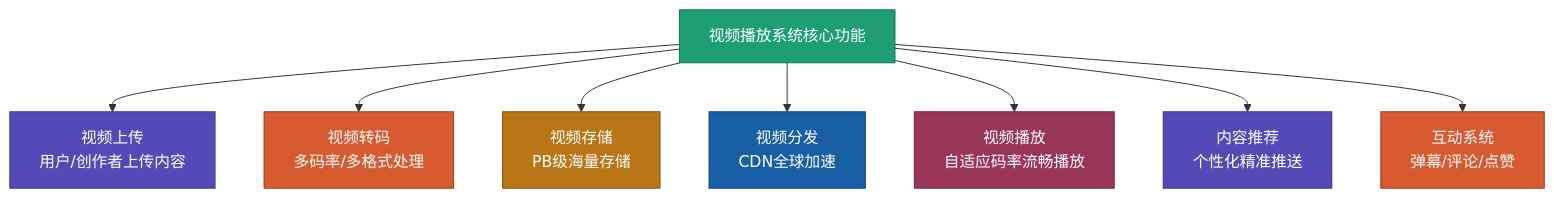
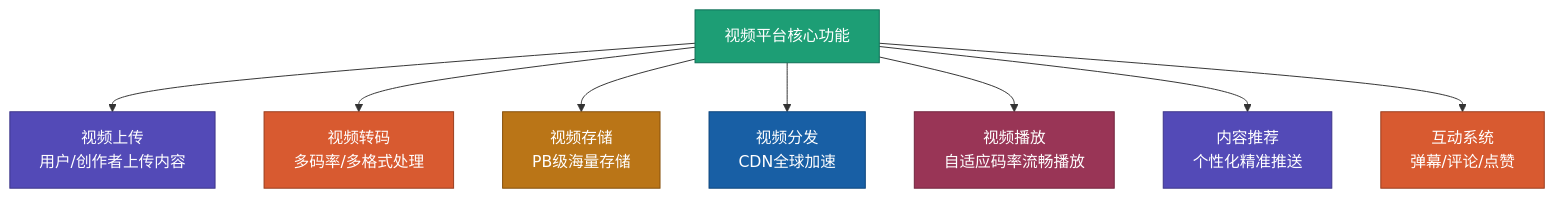
One commit to microwind/design-patterns changed diagram 15 of 23 in docs/articles/system-architecture/AI-Era-System-Architecture-Design-Guide.md. Above: the diagram before and after it, drawn with Mermaid. The commit also changed other lines of this file, not shown here.

Commit message:
update Architecture-Design-Guide

````diff
--- a/docs/articles/system-architecture/AI-Era-System-Architecture-Design-Guide.md
+++ b/docs/articles/system-architecture/AI-Era-System-Architecture-Design-Guide.md
@@ -1035,21 +901,21 @@
 ```mermaid
 graph TD
-    A["视频播放系统核心功能"]
+    A["视频平台核心功能"]
 
     A --> B["视频上传<br/>用户/创作者上传内容"]
     A --> C["视频转码<br/>多码率/多格式处理"]
     A --> D["视频存储<br/>PB级海量存储"]
     A --> E["视频分发<br/>CDN全球加速"]
     A --> F["视频播放<br/>自适应码率流畅播放"]
     A --> G["内容推荐<br/>个性化精准推送"]
     A --> H["互动系统<br/>弹幕/评论/点赞"]
 
     style A fill:#1D9E75,stroke:#0F6E56,color:#ffffff
     style B fill:#534AB7,stroke:#3C3489,color:#ffffff
     style C fill:#D85A30,stroke:#993C1D,color:#ffffff
     style D fill:#BA7517,stroke:#854F0B,color:#ffffff
     style E fill:#185FA5,stroke:#0C447C,color:#ffffff
     style F fill:#993556,stroke:#72243E,color:#ffffff
     style G fill:#534AB7,stroke:#3C3489,color:#ffffff
     style H fill:#D85A30,stroke:#993C1D,color:#ffffff
 ```
````
